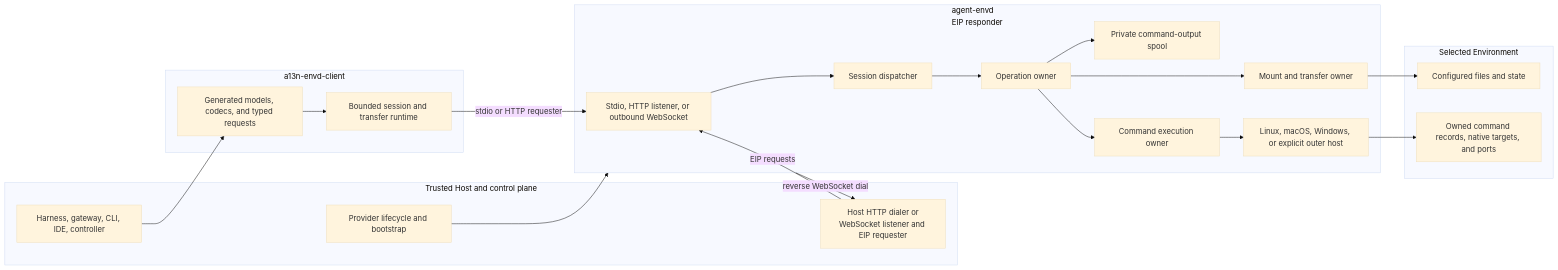
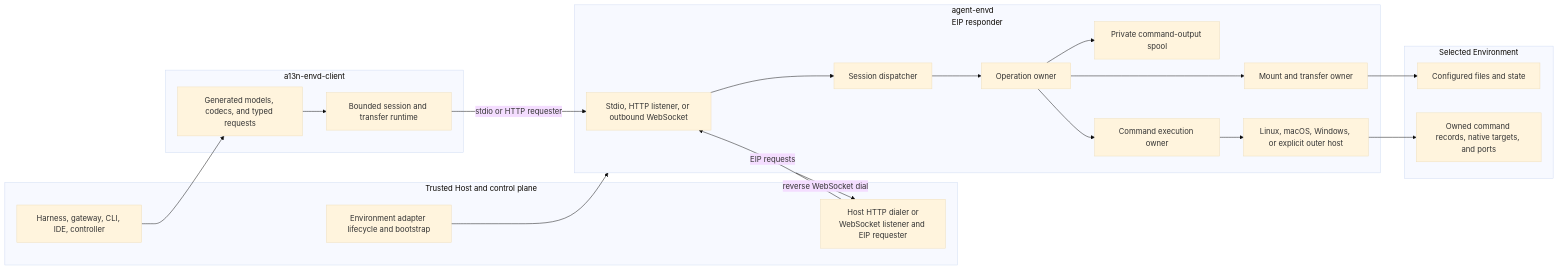
Before and after one commit to LTThreeComma/agent-foundation: the first of 2 diagrams in spec/agent-envd/00-overview.md, drawn with Mermaid (base theme). The commit also changed other lines of this file and 188 other files, not shown here.

````diff
--- a/spec/agent-envd/00-overview.md
+++ b/spec/agent-envd/00-overview.md
@@ -15,38 +15,38 @@
 ```mermaid
 flowchart LR
     subgraph Host[Trusted Host and control plane]
-        Provider[Provider lifecycle and bootstrap]
+        Provider[Environment adapter lifecycle and bootstrap]
         Consumers[Harness, gateway, CLI, IDE, controller]
         Control[Host HTTP dialer or<br/>WebSocket listener and EIP requester]
     end
 
     subgraph Client[a13n-envd-client]
         Generated[Generated models, codecs, and typed requests]
         Runtime[Bounded session and transfer runtime]
     end
 
     subgraph Envd[agent-envd<br/>EIP responder]
         Connector[Stdio, HTTP listener, or outbound WebSocket]
         Session[Session dispatcher]
         Operations[Operation owner]
         Resources[Mount and transfer owner]
         Output[Private command-output spool]
         Execution[Command execution owner]
         Isolation[Linux, macOS, Windows, or explicit outer host]
     end
 
     subgraph Native[Selected Environment]
         Files[Configured files and state]
         Processes[Owned command records, native targets, and ports]
     end
 
     Provider --> Envd
     Consumers --> Generated --> Runtime
     Runtime -->|stdio or HTTP requester| Connector
     Envd -->|reverse WebSocket dial| Control
     Control -->|EIP requests| Connector
     Connector --> Session --> Operations
     Operations --> Resources & Output & Execution
     Resources --> Files
     Execution --> Isolation --> Processes
 ```
````
